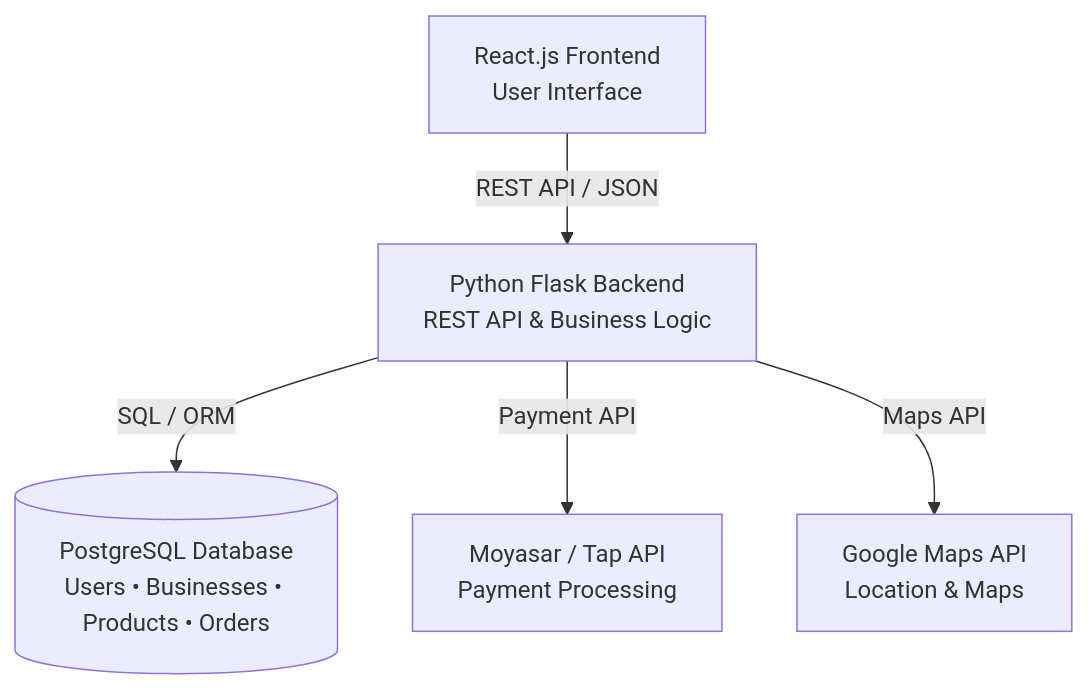
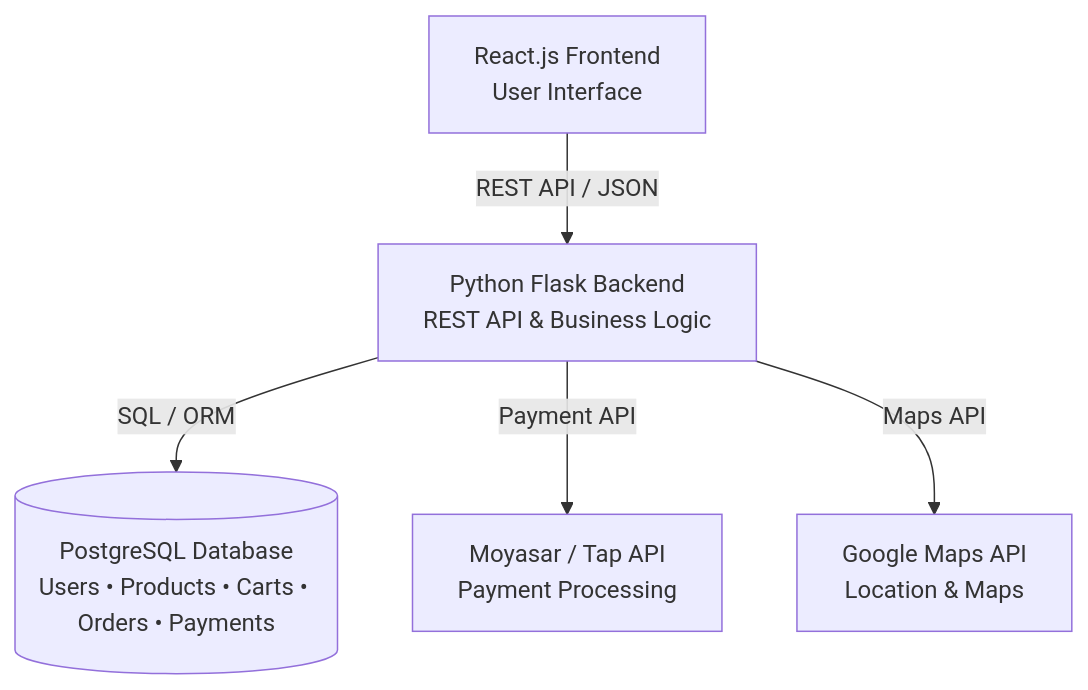
One commit to Ryma976/Portfolio_Project changed the first of 7 diagrams in Stage3/README2.md. Above: the diagram before and after it, drawn with Mermaid. The commit also changed other lines of this file, not shown here.

First line of the commit message:
Revise system architecture and order processing details

````diff
--- a/Stage3/README2.md
+++ b/Stage3/README2.md
@@ -60,30 +60,30 @@
 ```mermaid
 flowchart TB
 
     %% Frontend
     A[" React.js Frontend<br/>User Interface"] 
     
     %% Backend
     B[" Python Flask Backend<br/>REST API & Business Logic"]
 
     %% Database
-    C[(" PostgreSQL Database<br/>Users • Businesses • Products • Orders")]
+    C[(" PostgreSQL Database<br/>Users • Products • Carts • Orders • Payments")]
 
     %% External Services
     D[" Moyasar / Tap API<br/>Payment Processing"]
     E[" Google Maps API<br/>Location & Maps"]
 
     %% Main Flow
     A -->|"REST API / JSON"| B
     B -->|"SQL / ORM"| C
 
     %% External APIs
     B -->|"Payment API"| D
     B -->|"Maps API"| E
 
     
     class A frontend
     class B backend
     class C database
     class D,E external
 ```
````
